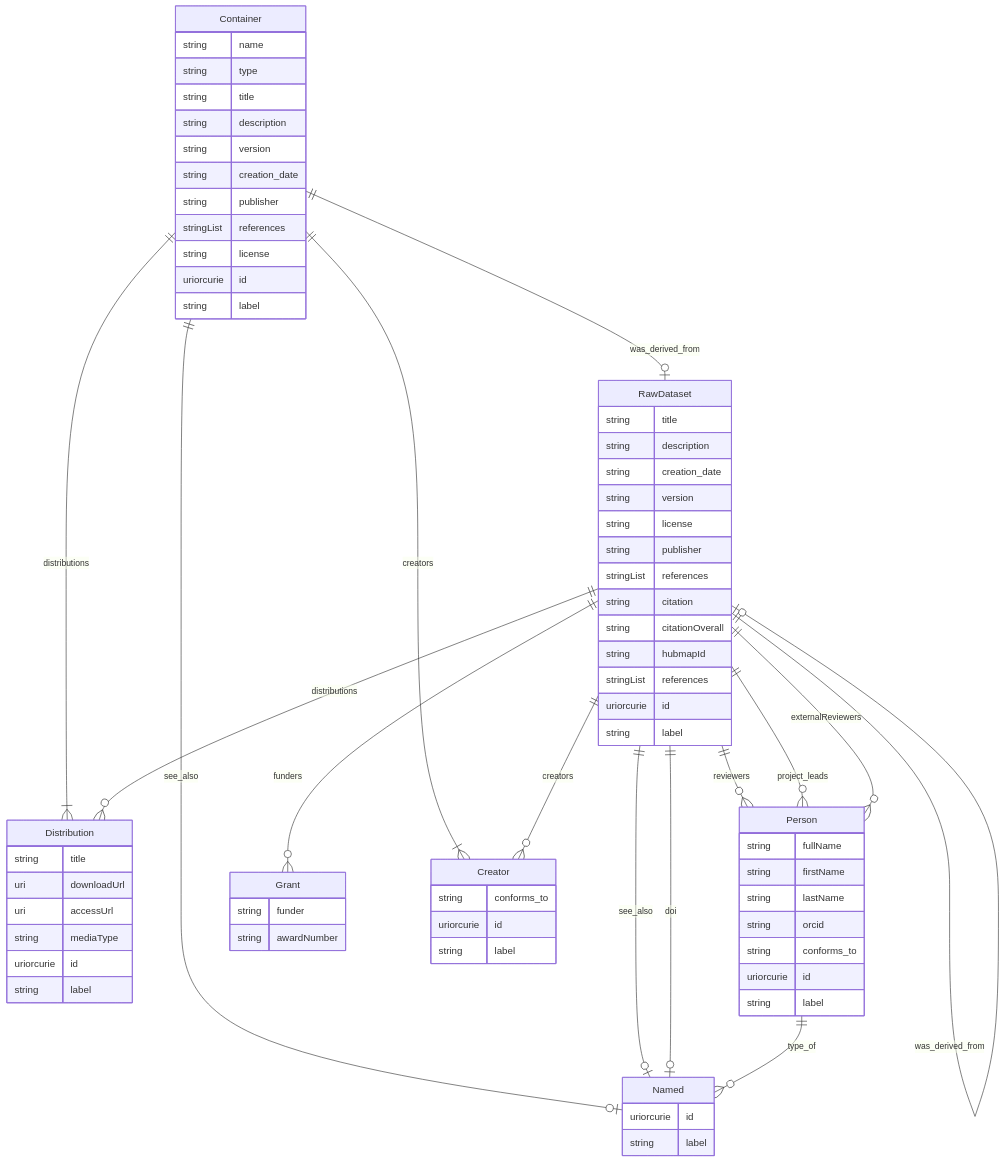
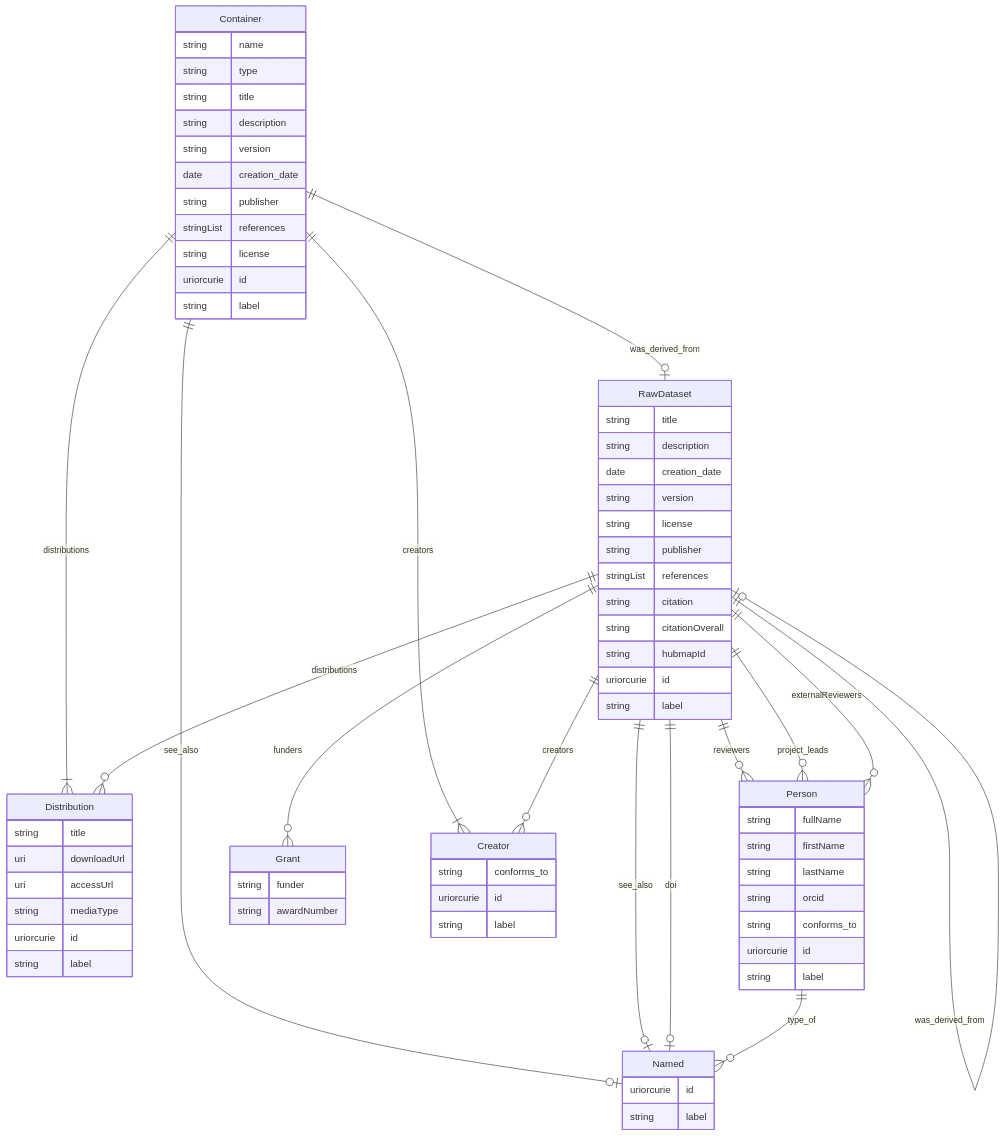
Diagram 20 of 20 in er-diagrams.md (hubmapconsortium/hra-do-processor), drawn with Mermaid before and after one commit. The commit also changed other lines of this file and 20 other files, not shown here.

Commit message:
Update ER diagrams

````diff
--- a/er-diagrams.md
+++ b/er-diagrams.md
@@ -1782,77 +1690,76 @@
 ```mermaid
 erDiagram
 Container {
     string name  
     string type  
     string title  
     string description  
     string version  
-    string creation_date  
+    date creation_date  
     string publisher  
     stringList references  
     string license  
     uriorcurie id  
     string label  
 }
 RawDataset {
     string title  
     string description  
-    string creation_date  
+    date creation_date  
     string version  
     string license  
     string publisher  
     stringList references  
     string citation  
     string citationOverall  
     string hubmapId  
-    stringList references  
     uriorcurie id  
     string label  
 }
 Distribution {
     string title  
     uri downloadUrl  
     uri accessUrl  
     string mediaType  
     uriorcurie id  
     string label  
 }
 Person {
     string fullName  
     string firstName  
     string lastName  
     string orcid  
     string conforms_to  
     uriorcurie id  
     string label  
 }
 Named {
     uriorcurie id  
     string label  
 }
 Grant {
     string funder  
     string awardNumber  
 }
 Creator {
     string conforms_to  
     uriorcurie id  
     string label  
 }
 
 Container ||--}| Creator : "creators"
 Container ||--|o Named : "see_also"
 Container ||--}| Distribution : "distributions"
 Container ||--|o RawDataset : "was_derived_from"
 RawDataset ||--}o Creator : "creators"
 RawDataset ||--}o Person : "reviewers"
 RawDataset ||--|o Named : "see_also"
 RawDataset ||--}o Grant : "funders"
 RawDataset ||--|o Named : "doi"
 RawDataset ||--}o Person : "project_leads"
 RawDataset ||--}o Person : "externalReviewers"
 RawDataset ||--}o Distribution : "distributions"
 RawDataset ||--|o RawDataset : "was_derived_from"
 Person ||--}o Named : "type_of"
 
 ```
````
